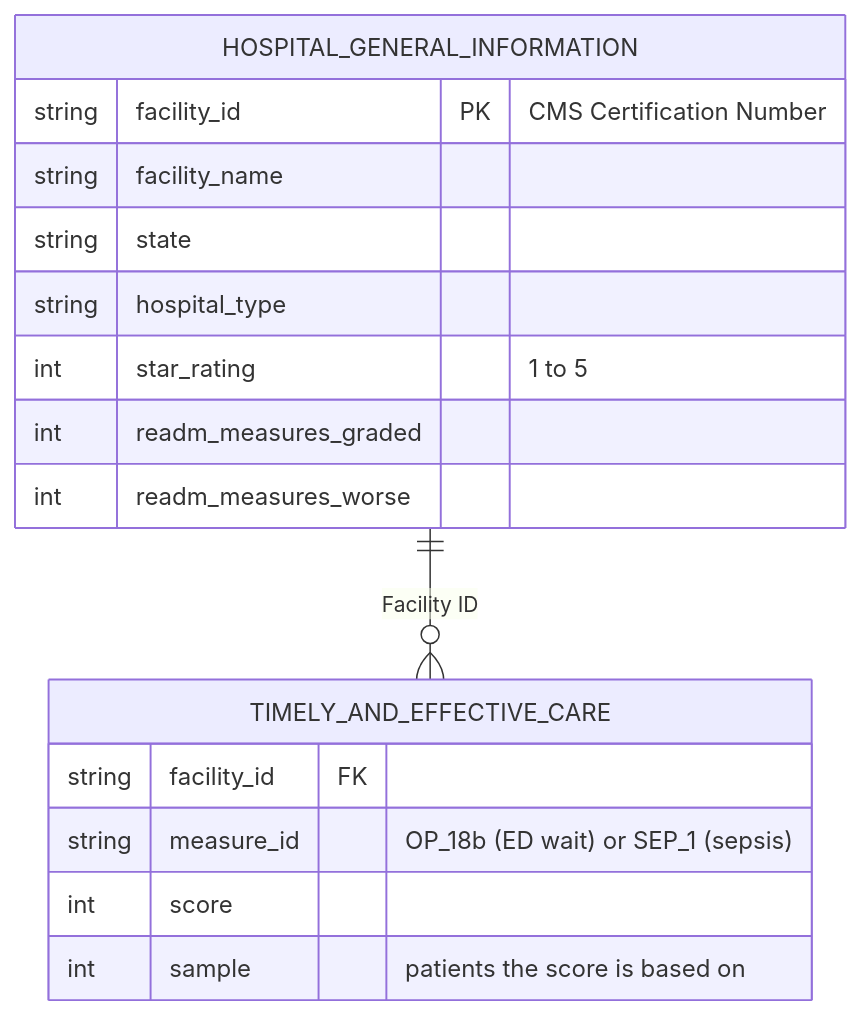
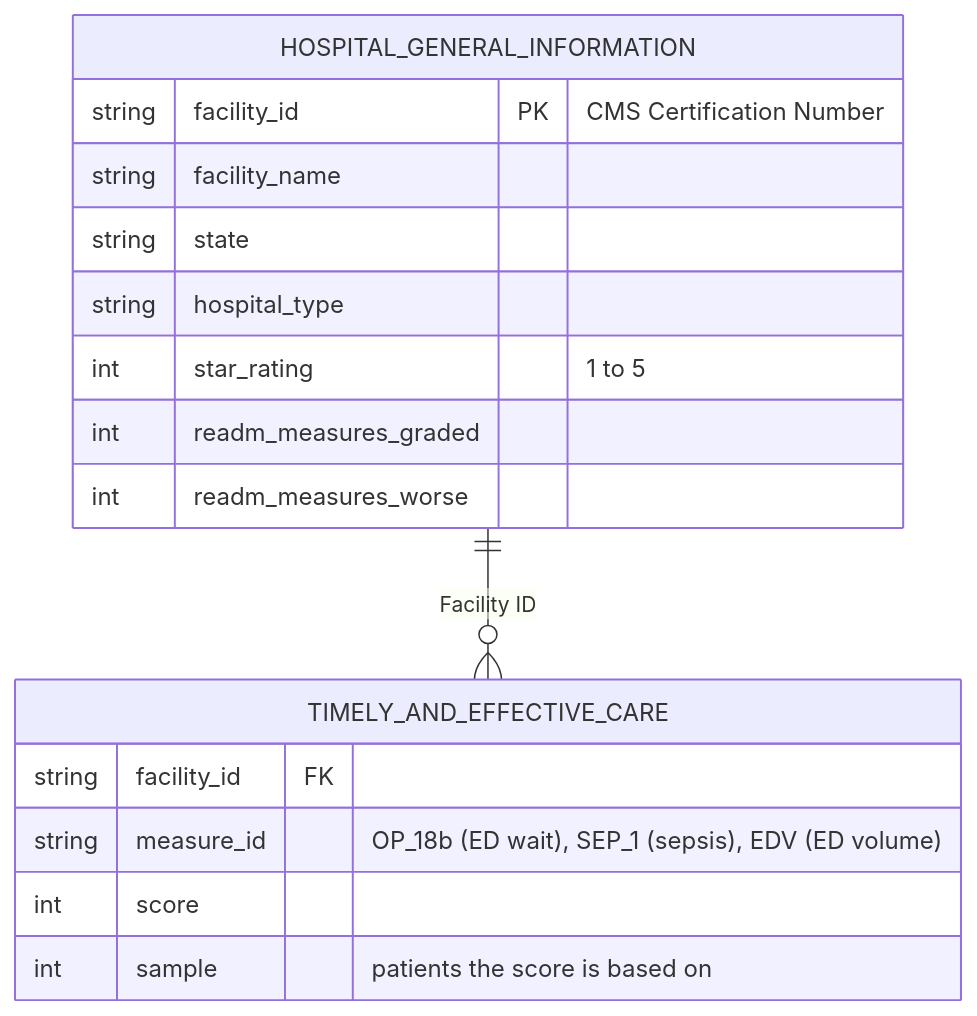
Before and after one commit to grimrabbit/healthcare-cms-dashboard: the diagram in README.md, drawn with Mermaid. The commit also changed other lines of this file and 8 other files, not shown here.

````diff
--- a/README.md
+++ b/README.md
@@ -39,19 +50,19 @@
 ```mermaid
 erDiagram
     HOSPITAL_GENERAL_INFORMATION ||--o{ TIMELY_AND_EFFECTIVE_CARE : "Facility ID"
     HOSPITAL_GENERAL_INFORMATION {
         string facility_id PK "CMS Certification Number"
         string facility_name
         string state
         string hospital_type
         int star_rating "1 to 5"
         int readm_measures_graded
         int readm_measures_worse
     }
     TIMELY_AND_EFFECTIVE_CARE {
         string facility_id FK
-        string measure_id "OP_18b (ED wait) or SEP_1 (sepsis)"
+        string measure_id "OP_18b (ED wait), SEP_1 (sepsis), EDV (ED volume)"
         int score
         int sample "patients the score is based on"
     }
 ```
````
